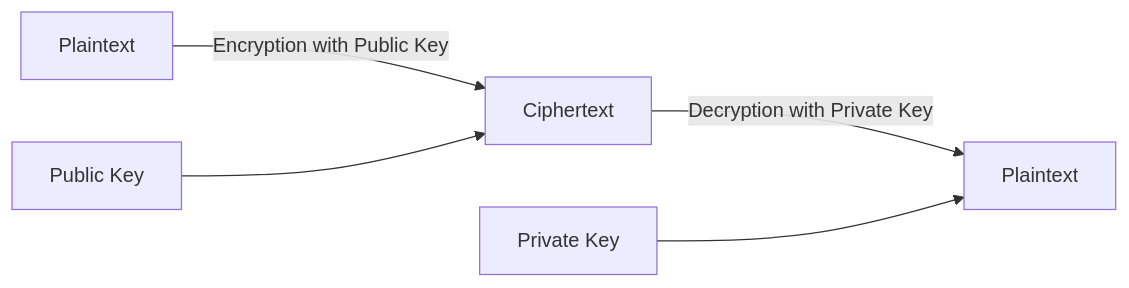
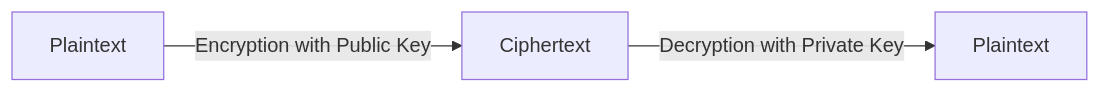
Before and after one commit to DS-Meena/Learn-LLD-HLD: the fourth of 12 diagrams in HLD/Design_Secured_System/README.md, drawn with Mermaid. The commit also changed other lines of this file, not shown here.

````diff
--- a/HLD/Design_Secured_System/README.md
+++ b/HLD/Design_Secured_System/README.md
@@ -156,7 +156,5 @@
 ```mermaid
 graph LR
     A[Plaintext] -->|Encryption with Public Key| B[Ciphertext]
     B -->|Decryption with Private Key| C[Plaintext]
-    D[Public Key] --> B
-    E[Private Key] --> C
 ```
````
